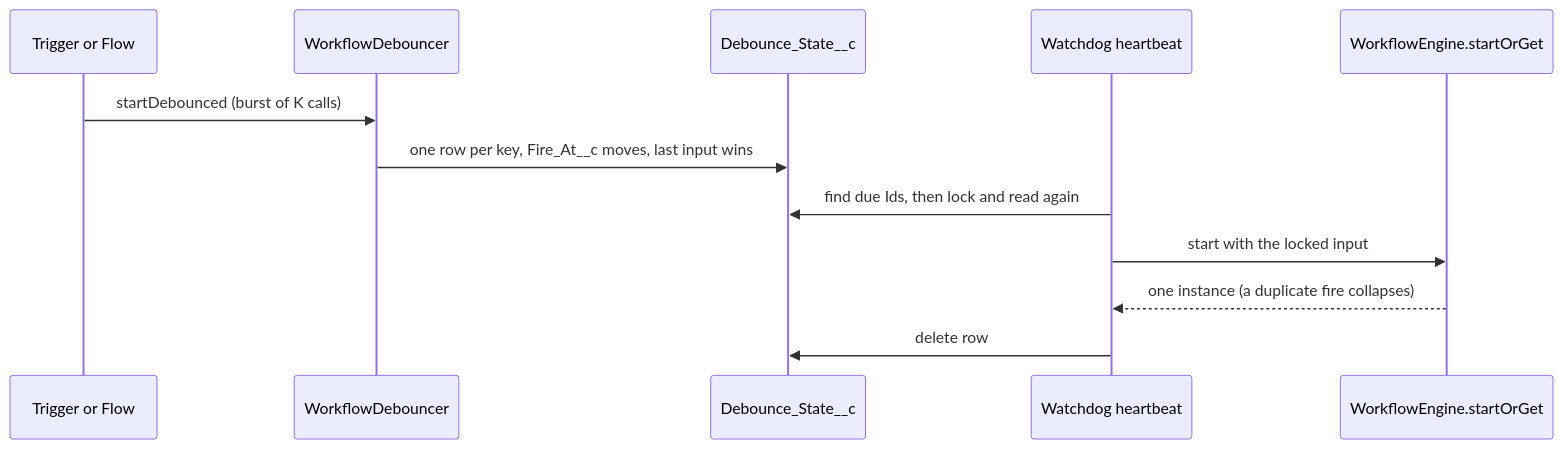
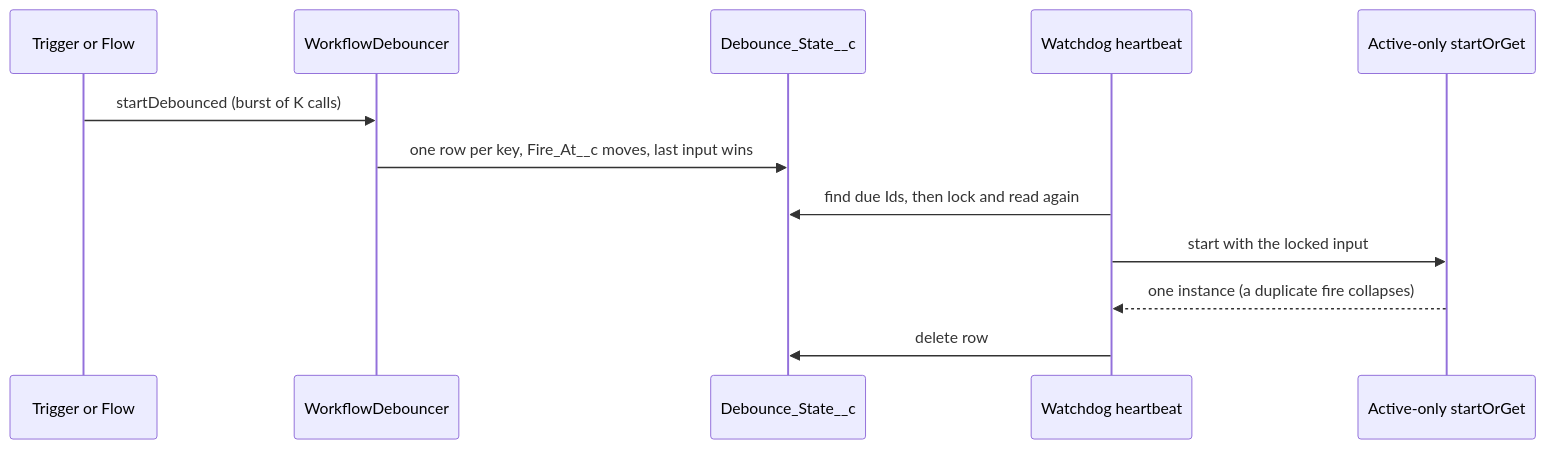
Before and after one commit to madmax983/revenant: the diagram in docs/debounce.md, drawn with Mermaid. The commit also changed other lines of this file and 17 other files, not shown here.

````diff
--- a/docs/debounce.md
+++ b/docs/debounce.md
@@ -9,14 +9,14 @@
 ```mermaid
 sequenceDiagram
     participant T as Trigger or Flow
     participant D as WorkflowDebouncer
     participant S as Debounce_State__c
     participant H as Watchdog heartbeat
-    participant E as WorkflowEngine.startOrGet
+    participant E as Active-only startOrGet
     T->>D: startDebounced (burst of K calls)
     D->>S: one row per key, Fire_At__c moves, last input wins
     H->>S: find due Ids, then lock and read again
     H->>E: start with the locked input
     E-->>H: one instance (a duplicate fire collapses)
     H->>S: delete row
 ```
````
